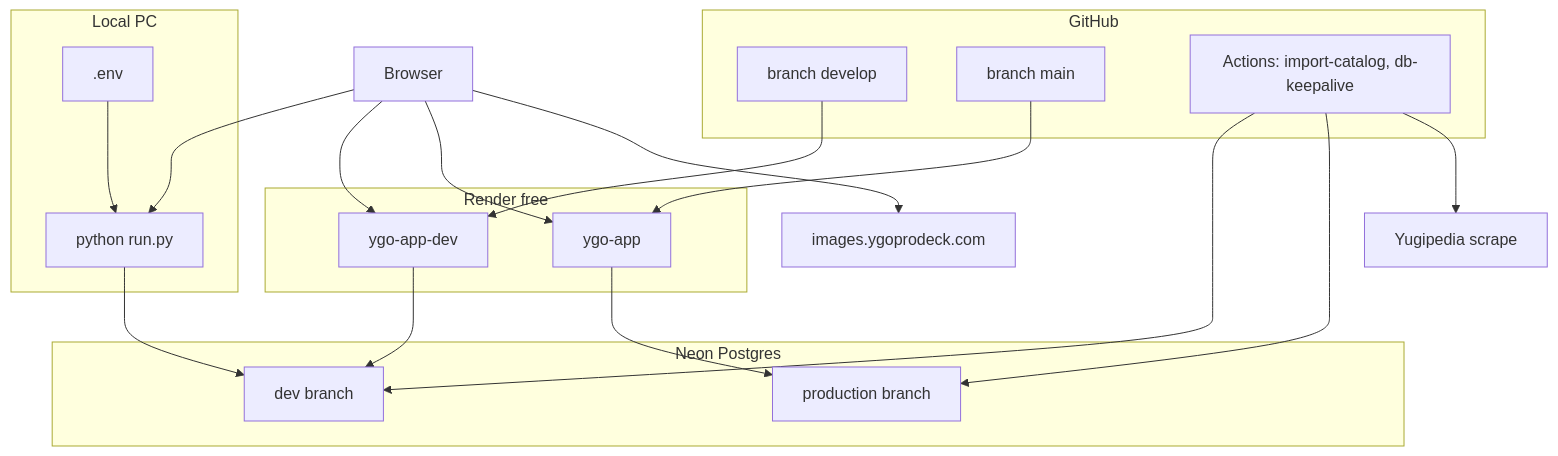
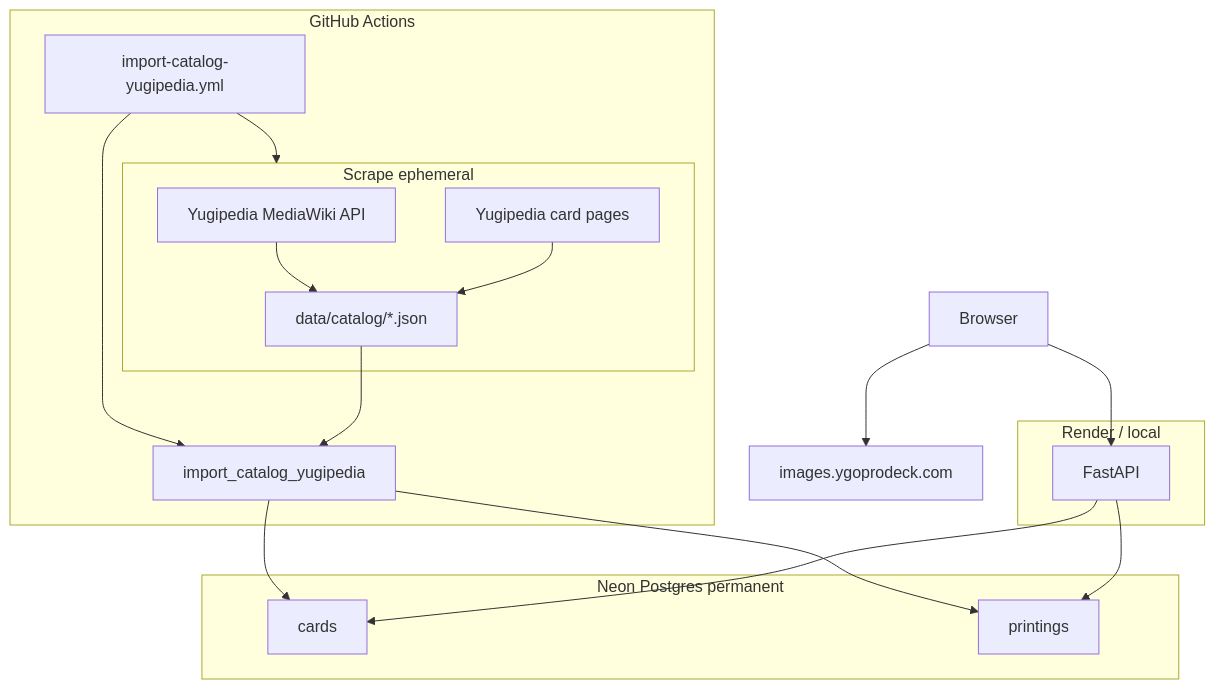
The diagram in agent_handoff.md (egera24/YGO-DB), drawn with Mermaid before and after one commit. The commit also changed other lines of this file, not shown here.

````diff
--- a/agent_handoff.md
+++ b/agent_handoff.md
@@ -46,33 +47,29 @@
 ```mermaid
 flowchart TB
-  subgraph local [Local PC]
-    RunPy["python run.py"]
-    DotEnv[".env"]
+  subgraph scrape [Scrape ephemeral]
+    API[Yugipedia MediaWiki API]
+    Wiki[Yugipedia card pages]
+    JSON["data/catalog/*.json"]
+    API --> JSON
+    Wiki --> JSON
   end
-  subgraph github [GitHub]
-    Develop["branch develop"]
-    Main["branch main"]
-    GHA["Actions: import-catalog, db-keepalive"]
+  subgraph gha [GitHub Actions]
+    WF["import-catalog-yugipedia.yml"]
+    WF --> scrape
+    WF --> ImportJob[import_catalog_yugipedia]
   end
-  subgraph render [Render free]
-    DevWeb["ygo-app-dev"]
-    ProdWeb["ygo-app"]
+  subgraph neon [Neon Postgres permanent]
+    Cards[cards]
+    Printings[printings]
   end
-  subgraph neon [Neon Postgres]
-    DevDB["dev branch"]
-    ProdDB["production branch"]
+  subgraph app [Render / local]
+    FastAPI[FastAPI]
   end
-  Browser --> DevWeb
-  Browser --> ProdWeb
-  Browser --> RunPy
-  DotEnv --> RunPy
-  RunPy --> DevDB
-  Develop --> DevWeb
-  Main --> ProdWeb
-  DevWeb --> DevDB
-  ProdWeb --> ProdDB
-  GHA --> DevDB
-  GHA --> ProdDB
+  JSON --> ImportJob
+  ImportJob --> Cards
+  ImportJob --> Printings
+  FastAPI --> Cards
+  FastAPI --> Printings
+  Browser --> FastAPI
   Browser --> CDN["images.ygoprodeck.com"]
-  GHA --> Yugipedia["Yugipedia scrape"]
 ```
````
